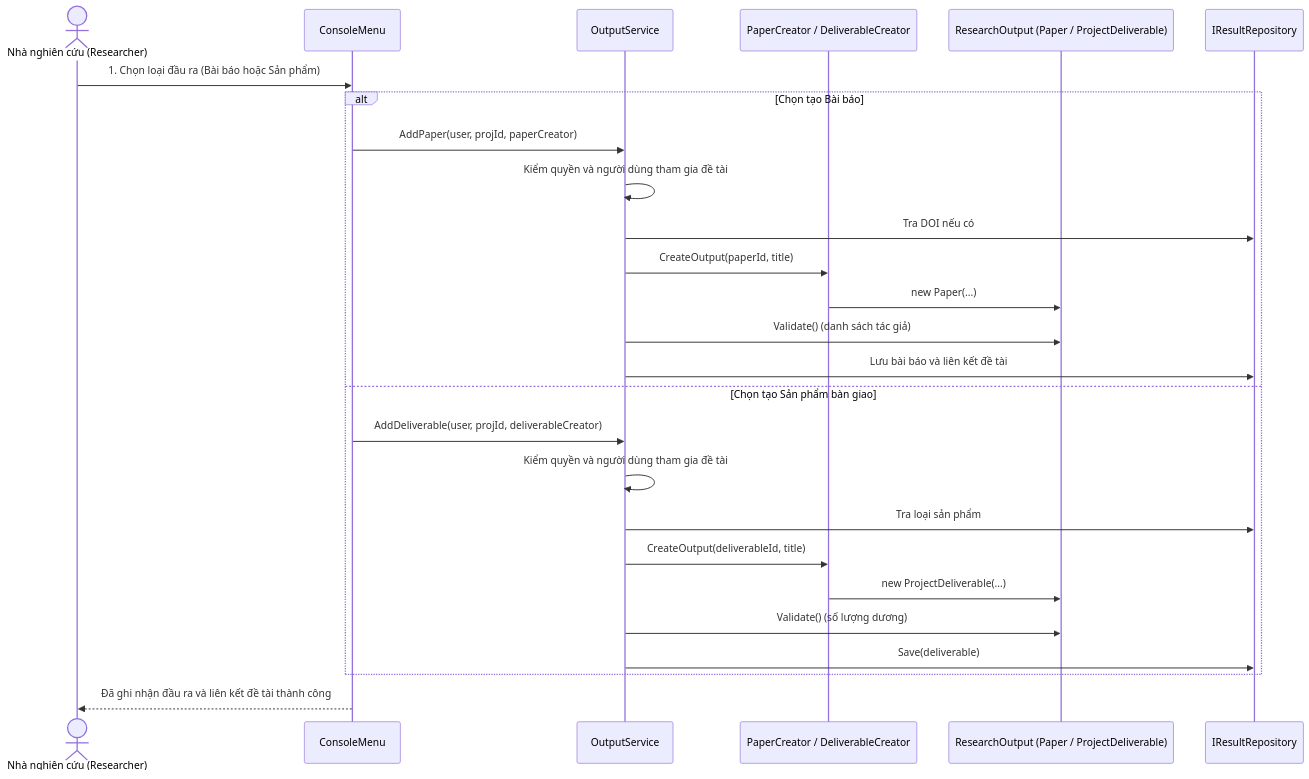
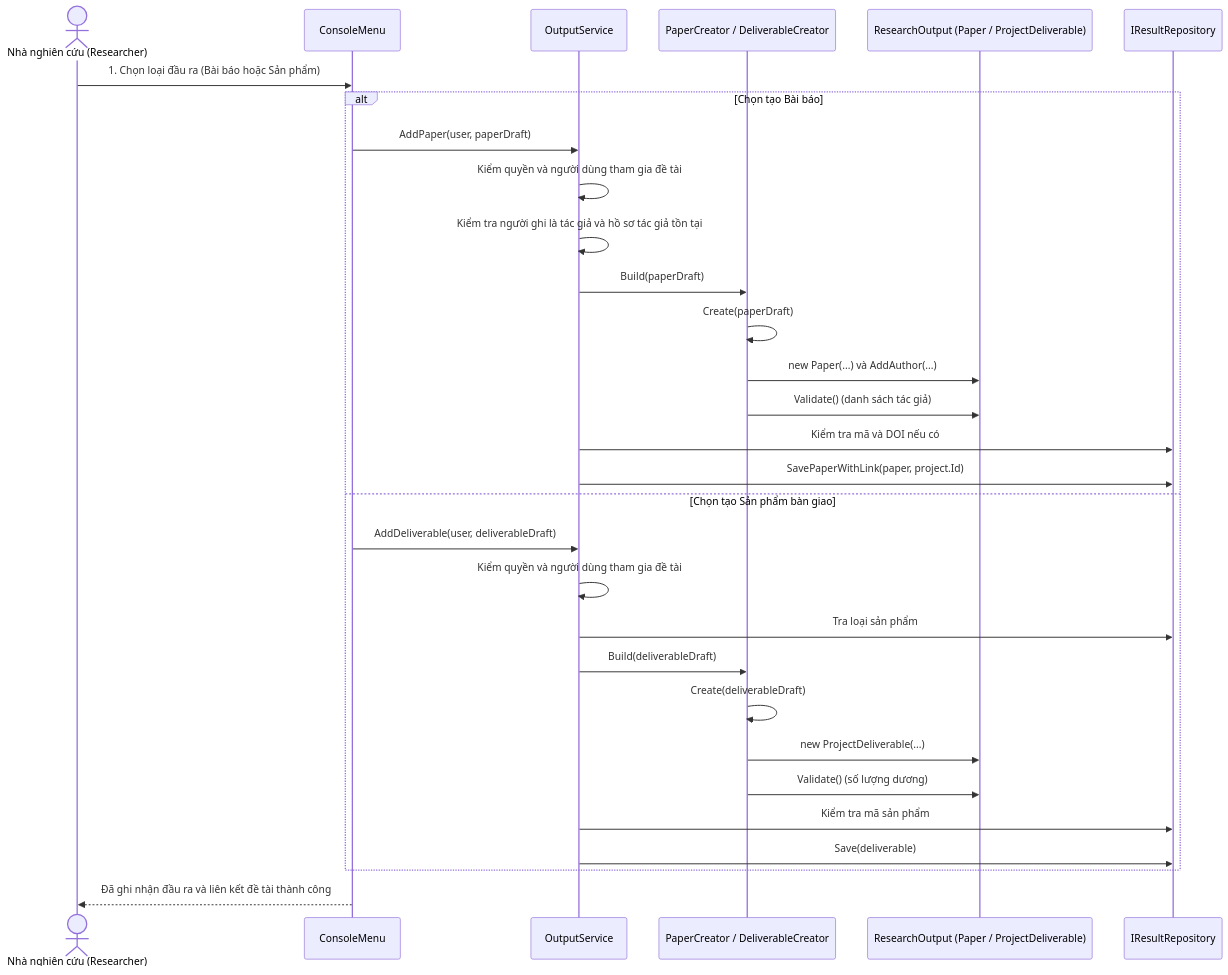
One commit to PKT-zZ/QLNCKH_OOP_FINAL changed the tenth of 10 diagrams in docs/uml.md. Above: the diagram before and after it, drawn with Mermaid. The commit also changed other lines of this file and 15 other files, not shown here.

````diff
--- a/docs/uml.md
+++ b/docs/uml.md
@@ -703,29 +712,33 @@
 ```mermaid
 sequenceDiagram
     actor NNC as Nhà nghiên cứu (Researcher)
     participant UI as ConsoleMenu
     participant OS as OutputService
     participant Factory as PaperCreator / DeliverableCreator
     participant Out as ResearchOutput (Paper / ProjectDeliverable)
     participant Repo as IResultRepository
 
     NNC->>UI: 1. Chọn loại đầu ra (Bài báo hoặc Sản phẩm)
     alt Chọn tạo Bài báo
-        UI->>OS: AddPaper(user, projId, paperCreator)
+        UI->>OS: AddPaper(user, paperDraft)
         OS->>OS: Kiểm quyền và người dùng tham gia đề tài
-        OS->>Repo: Tra DOI nếu có
-        OS->>Factory: CreateOutput(paperId, title)
-        Factory->>Out: new Paper(...)
-        OS->>Out: Validate() (danh sách tác giả)
-        OS->>Repo: Lưu bài báo và liên kết đề tài
+        OS->>OS: Kiểm tra người ghi là tác giả và hồ sơ tác giả tồn tại
+        OS->>Factory: Build(paperDraft)
+        Factory->>Factory: Create(paperDraft)
+        Factory->>Out: new Paper(...) và AddAuthor(...)
+        Factory->>Out: Validate() (danh sách tác giả)
+        OS->>Repo: Kiểm tra mã và DOI nếu có
+        OS->>Repo: SavePaperWithLink(paper, project.Id)
     else Chọn tạo Sản phẩm bàn giao
-        UI->>OS: AddDeliverable(user, projId, deliverableCreator)
+        UI->>OS: AddDeliverable(user, deliverableDraft)
         OS->>OS: Kiểm quyền và người dùng tham gia đề tài
         OS->>Repo: Tra loại sản phẩm
-        OS->>Factory: CreateOutput(deliverableId, title)
+        OS->>Factory: Build(deliverableDraft)
+        Factory->>Factory: Create(deliverableDraft)
         Factory->>Out: new ProjectDeliverable(...)
-        OS->>Out: Validate() (số lượng dương)
+        Factory->>Out: Validate() (số lượng dương)
+        OS->>Repo: Kiểm tra mã sản phẩm
         OS->>Repo: Save(deliverable)
     end
     UI-->>NNC: Đã ghi nhận đầu ra và liên kết đề tài thành công
 ```
````
